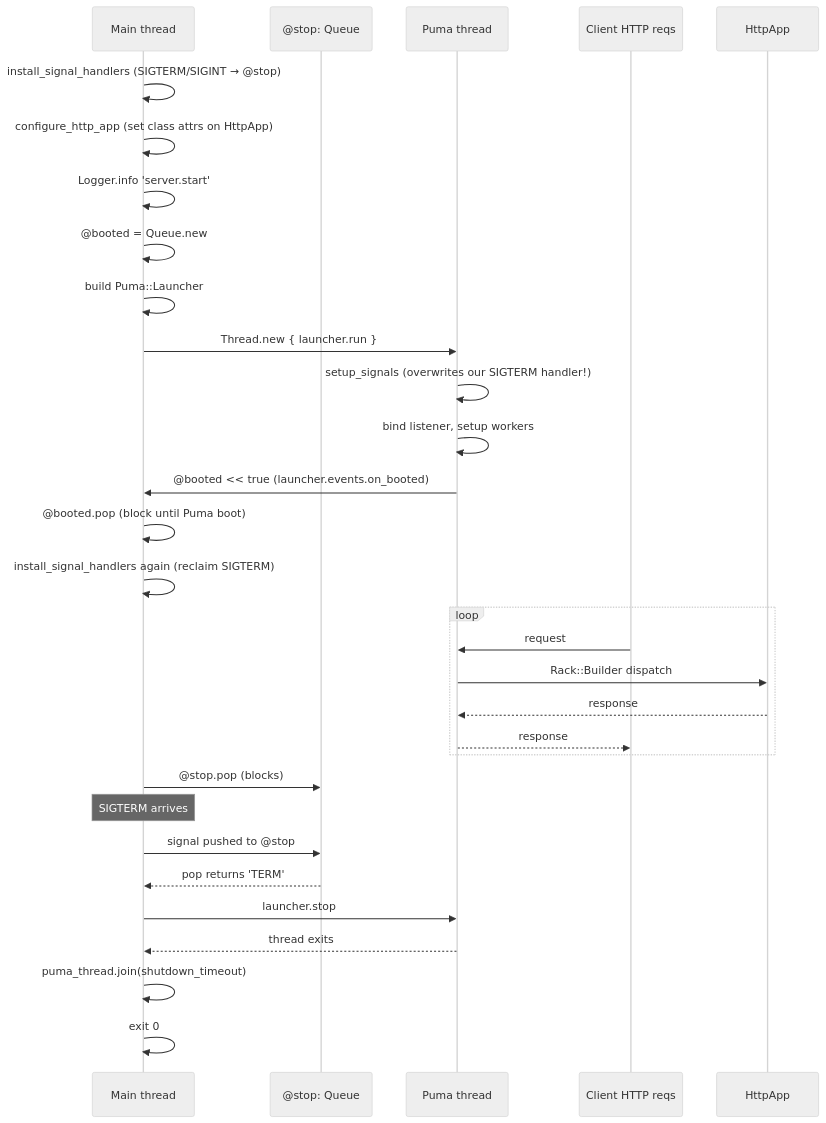
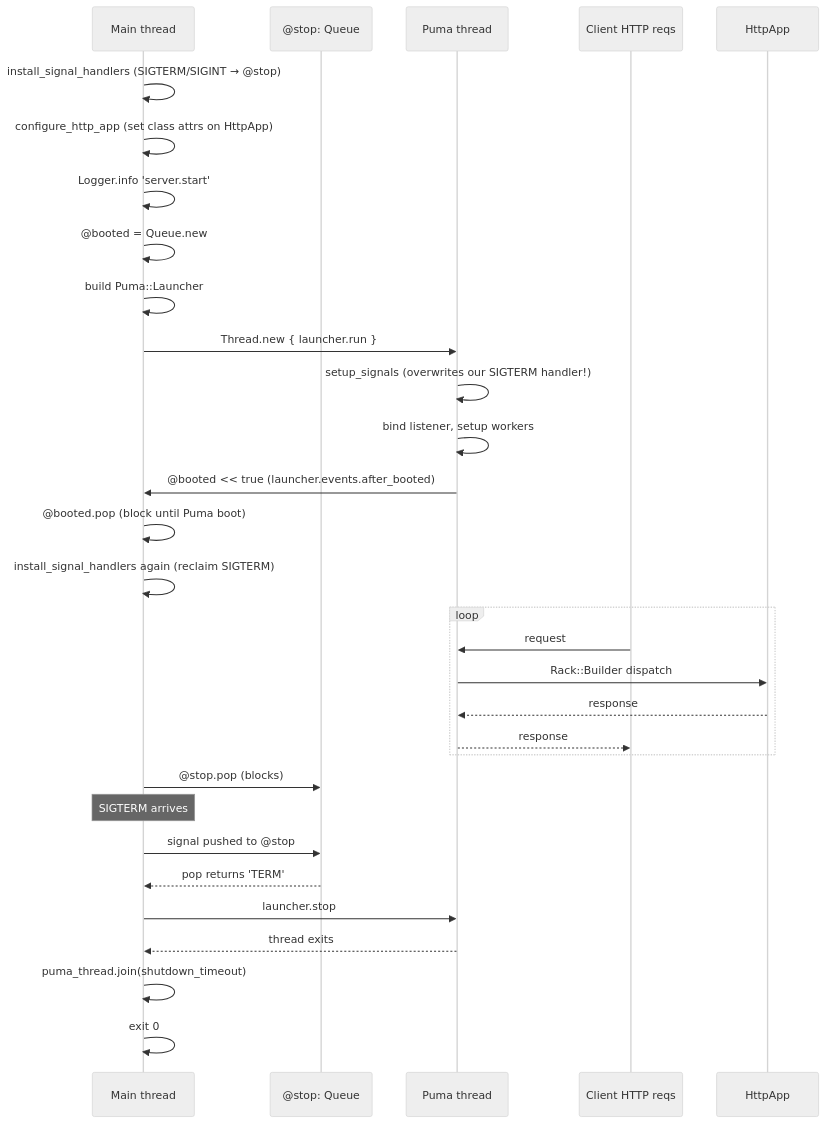
The first of 4 diagrams in docs/architecture.md (jramos/cgminer_manager), drawn with Mermaid (neutral theme) before and after one commit. The commit also changed other lines of this file and 9 other files, not shown here.

````diff
--- a/docs/architecture.md
+++ b/docs/architecture.md
@@ -14,38 +14,38 @@
 ```mermaid
 sequenceDiagram
     participant Main as Main thread
     participant Queue as @stop: Queue
     participant Puma as Puma thread
     participant HTTP as Client HTTP reqs
     participant App as HttpApp
 
     Main->>Main: install_signal_handlers (SIGTERM/SIGINT → @stop)
     Main->>Main: configure_http_app (set class attrs on HttpApp)
     Main->>Main: Logger.info 'server.start'
 
     Main->>Main: @booted = Queue.new
     Main->>Main: build Puma::Launcher
     Main->>Puma: Thread.new { launcher.run }
     Puma->>Puma: setup_signals (overwrites our SIGTERM handler!)
     Puma->>Puma: bind listener, setup workers
-    Puma->>Main: @booted << true (launcher.events.on_booted)
+    Puma->>Main: @booted << true (launcher.events.after_booted)
 
     Main->>Main: @booted.pop (block until Puma boot)
     Main->>Main: install_signal_handlers again (reclaim SIGTERM)
 
     loop
         HTTP->>Puma: request
         Puma->>App: Rack::Builder dispatch
         App-->>Puma: response
         Puma-->>HTTP: response
     end
 
     Main->>Queue: @stop.pop (blocks)
     Note over Main: SIGTERM arrives
     Main->>Queue: signal pushed to @stop
     Queue-->>Main: pop returns 'TERM'
     Main->>Puma: launcher.stop
     Puma-->>Main: thread exits
     Main->>Main: puma_thread.join(shutdown_timeout)
     Main->>Main: exit 0
 ```
````
